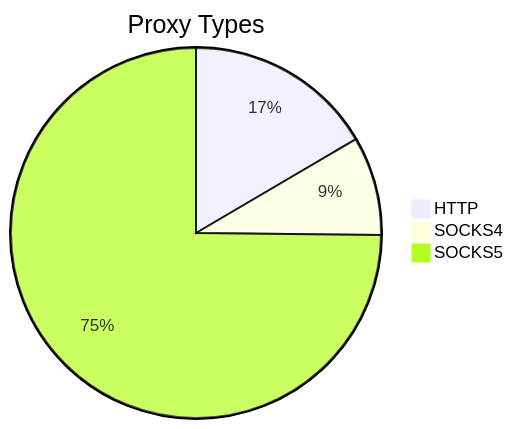
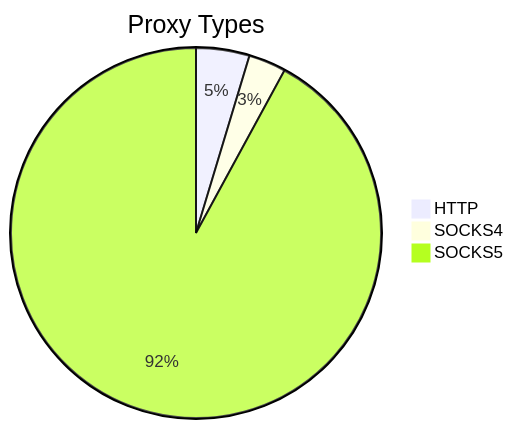
The first of 2 diagrams in README.md (stormsia/proxy-list), drawn with Mermaid before and after one commit. The commit also changed other lines of this file, not shown here.

````diff
--- a/README.md
+++ b/README.md
@@ -21,6 +21,6 @@
 ```mermaid
 pie title Proxy Types
-    "HTTP" : 69
-    "SOCKS4" : 36
-    "SOCKS5" : 312
+    "HTTP" : 57
+    "SOCKS4" : 40
+    "SOCKS5" : 1126
 ```
````
